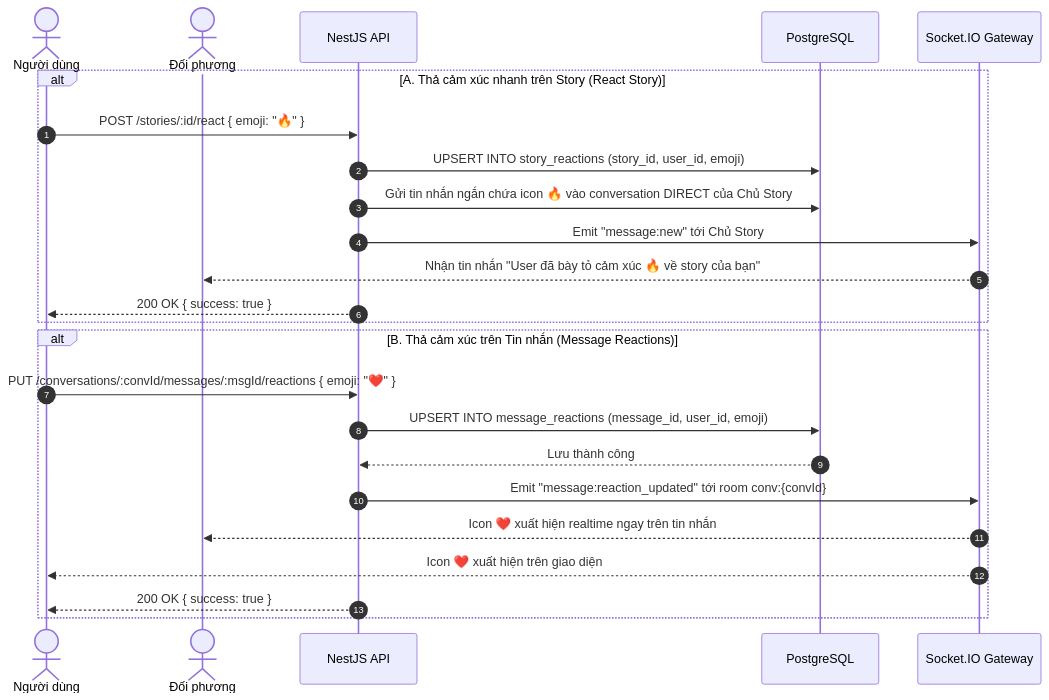
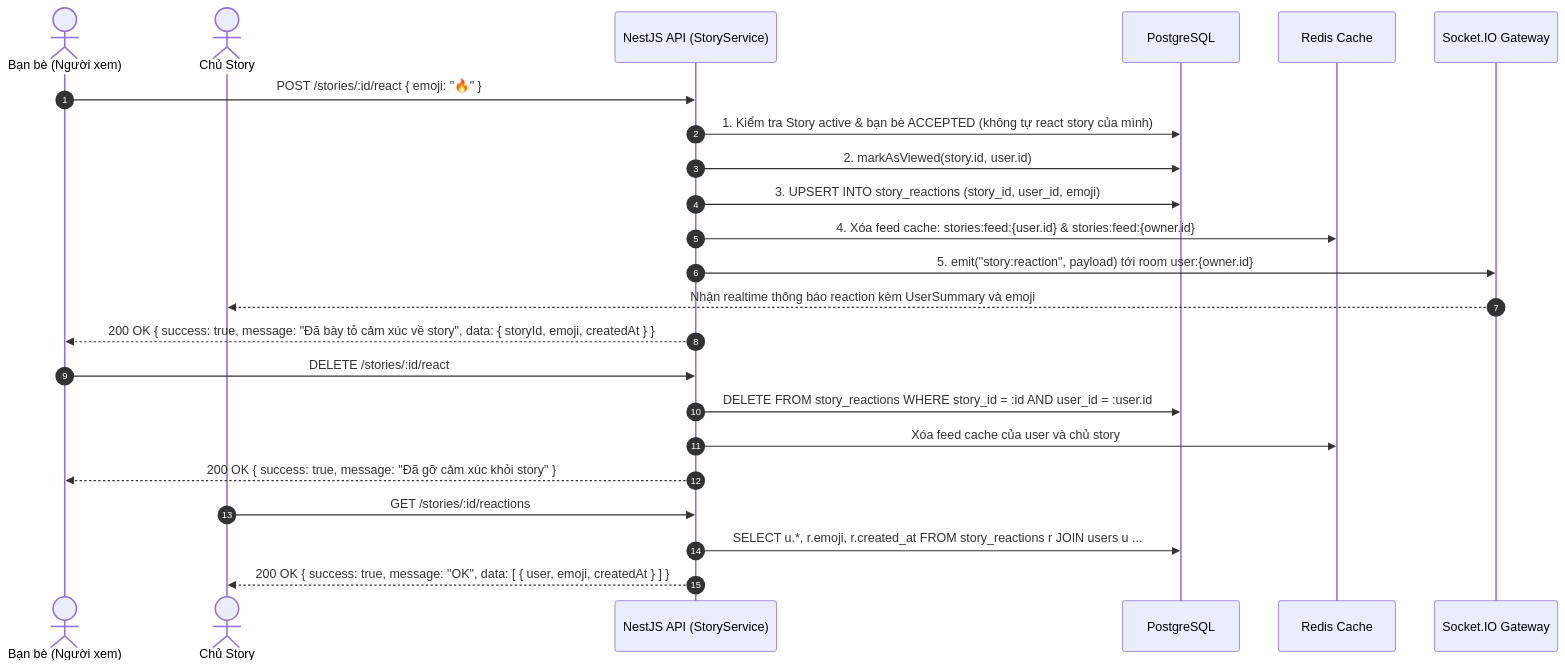
One commit to chanh-group/docs changed the eighth of 8 diagrams in STORIES_NOTES.md. Above: the diagram before and after it, drawn with Mermaid. The commit also changed other lines of this file and 6 other files, not shown here.

Commit message:
docs(story): document story reaction and reply API endpoints and sequence diagrams

````diff
--- a/STORIES_NOTES.md
+++ b/STORIES_NOTES.md
@@ -345,30 +357,31 @@
 ```mermaid
 sequenceDiagram
     autonumber
-    actor User as Người dùng
-    actor Partner as Đối phương
-    participant API as NestJS API
+    actor User as Bạn bè (Người xem)
+    actor Owner as Chủ Story
+    participant API as NestJS API (StoryService)
     participant DB as PostgreSQL
+    participant Cache as Redis Cache
     participant WS as Socket.IO Gateway
 
     %% A. React Story
-    alt A. Thả cảm xúc nhanh trên Story (React Story)
-        User->>API: POST /stories/:id/react { emoji: "🔥" }
-        API->>DB: UPSERT INTO story_reactions (story_id, user_id, emoji)
-        API->>DB: Gửi tin nhắn ngắn chứa icon 🔥 vào conversation DIRECT của Chủ Story
-        API->>WS: Emit "message:new" tới Chủ Story
-        WS-->>Partner: Nhận tin nhắn "User đã bày tỏ cảm xúc 🔥 về story của bạn"
-        API-->>User: 200 OK { success: true }
-    end
+    User->>API: POST /stories/:id/react { emoji: "🔥" }
+    API->>DB: 1. Kiểm tra Story active & bạn bè ACCEPTED (không tự react story của mình)
+    API->>DB: 2. markAsViewed(story.id, user.id)
+    API->>DB: 3. UPSERT INTO story_reactions (story_id, user_id, emoji)
+    API->>Cache: 4. Xóa feed cache: stories:feed:{user.id} & stories:feed:{owner.id}
+    API->>WS: 5. emit("story:reaction", payload) tới room user:{owner.id}
+    WS-->>Owner: Nhận realtime thông báo reaction kèm UserSummary và emoji
+    API-->>User: 200 OK { success: true, message: "Đã bày tỏ cảm xúc về story", data: { storyId, emoji, createdAt } }
 
-    %% B. React Tin nhắn trong hộp thoại
-    alt B. Thả cảm xúc trên Tin nhắn (Message Reactions)
-        User->>API: PUT /conversations/:convId/messages/:msgId/reactions { emoji: "❤️" }
-        API->>DB: UPSERT INTO message_reactions (message_id, user_id, emoji)
-        DB-->>API: Lưu thành công
-        API->>WS: Emit "message:reaction_updated" tới room conv:{convId}
-        WS-->>Partner: Icon ❤️ xuất hiện realtime ngay trên tin nhắn
-        WS-->>User: Icon ❤️ xuất hiện trên giao diện
-        API-->>User: 200 OK { success: true }
-    end
+    %% B. Unreact Story
+    User->>API: DELETE /stories/:id/react
+    API->>DB: DELETE FROM story_reactions WHERE story_id = :id AND user_id = :user.id
+    API->>Cache: Xóa feed cache của user và chủ story
+    API-->>User: 200 OK { success: true, message: "Đã gỡ cảm xúc khỏi story" }
+
+    %% C. Xem danh sách cảm xúc (Chỉ chủ Story)
+    Owner->>API: GET /stories/:id/reactions
+    API->>DB: SELECT u.*, r.emoji, r.created_at FROM story_reactions r JOIN users u ...
+    API-->>Owner: 200 OK { success: true, message: "OK", data: [ { user, emoji, createdAt } ] }
 ```
````
